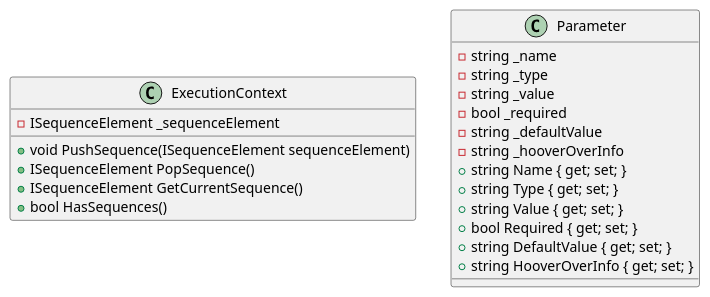
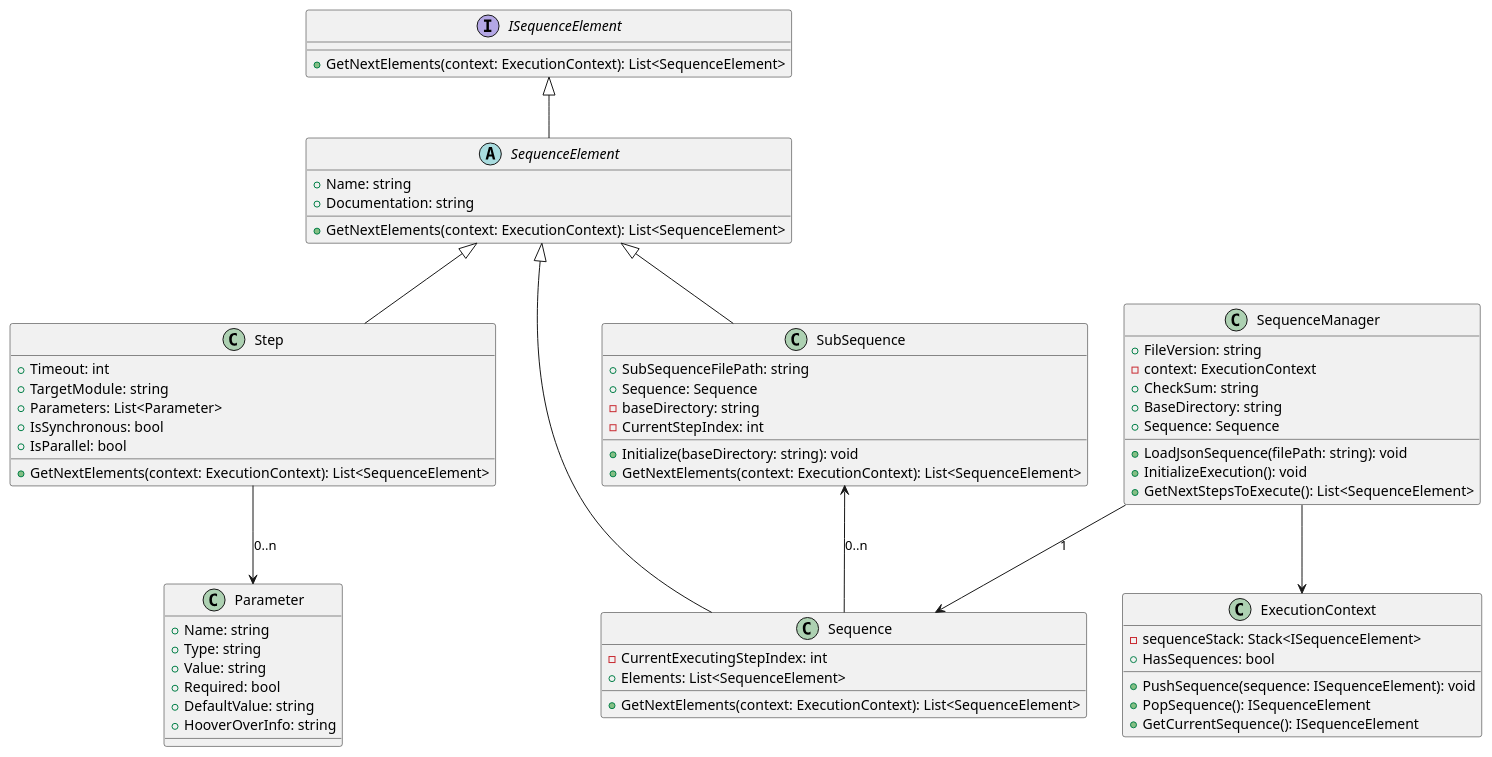
Before and after one commit to ThatsTheEnd/Easy.SequenceManager: the diagram in class_diagram.puml, drawn with PlantUML. The commit also changed 5 other files, not shown here.

```diff
--- a/class_diagram.puml
+++ b/class_diagram.puml
@@ -1,26 +1,74 @@
-@startuml
+@startuml Easy.SequenceManager Class Diagram
+
+interface ISequenceElement {
+    +GetNextElements(context: ExecutionContext): List<SequenceElement>
+}
 
 class ExecutionContext {
-    -ISequenceElement _sequenceElement
-    +void PushSequence(ISequenceElement sequenceElement)
-    +ISequenceElement PopSequence()
-    +ISequenceElement GetCurrentSequence()
-    +bool HasSequences()
+    -sequenceStack: Stack<ISequenceElement>
+    +PushSequence(sequence: ISequenceElement): void
+    +PopSequence(): ISequenceElement
+    +GetCurrentSequence(): ISequenceElement
+    +HasSequences: bool
+}
+
+abstract class SequenceElement {
+    +Name: string
+    +Documentation: string
+    +GetNextElements(context: ExecutionContext): List<SequenceElement>
+}
+
+class Sequence {
+    -CurrentExecutingStepIndex: int
+    +Elements: List<SequenceElement>
+    +GetNextElements(context: ExecutionContext): List<SequenceElement>
+}
+
+class Step {
+    +Timeout: int
+    +TargetModule: string
+    +Parameters: List<Parameter>
+    +IsSynchronous: bool
+    +IsParallel: bool
+    +GetNextElements(context: ExecutionContext): List<SequenceElement>
+}
+
+class SubSequence {
+    +SubSequenceFilePath: string
+    +Sequence: Sequence
+    -baseDirectory: string
+    -CurrentStepIndex: int
+    +Initialize(baseDirectory: string): void
+    +GetNextElements(context: ExecutionContext): List<SequenceElement>
+}
+
+class SequenceManager {
+    +FileVersion: string
+    -context: ExecutionContext
+    +CheckSum: string
+    +BaseDirectory: string
+    +Sequence: Sequence
+    +LoadJsonSequence(filePath: string): void
+    +InitializeExecution(): void
+    +GetNextStepsToExecute(): List<SequenceElement>
 }
 
 class Parameter {
-    -string _name
-    -string _type
-    -string _value
-    -bool _required
-    -string _defaultValue
-    -string _hooverOverInfo
-    +string Name { get; set; }
-    +string Type { get; set; }
-    +string Value { get; set; }
-    +bool Required { get; set; }
-    +string DefaultValue { get; set; }
-    +string HooverOverInfo { get; set; }
+    +Name: string
+    +Type: string
+    +Value: string
+    +Required: bool
+    +DefaultValue: string
+    +HooverOverInfo: string
 }
 
+ISequenceElement <|-down- SequenceElement
+SequenceElement <|-- Step
+SequenceElement <|-- SubSequence
+SequenceElement <|-down- Sequence
+SequenceManager --> ExecutionContext
+SequenceManager --> Sequence :  "1"
+SubSequence <-- Sequence: "0..n"
+Step --> Parameter : "0..n"
+
 @enduml
```
